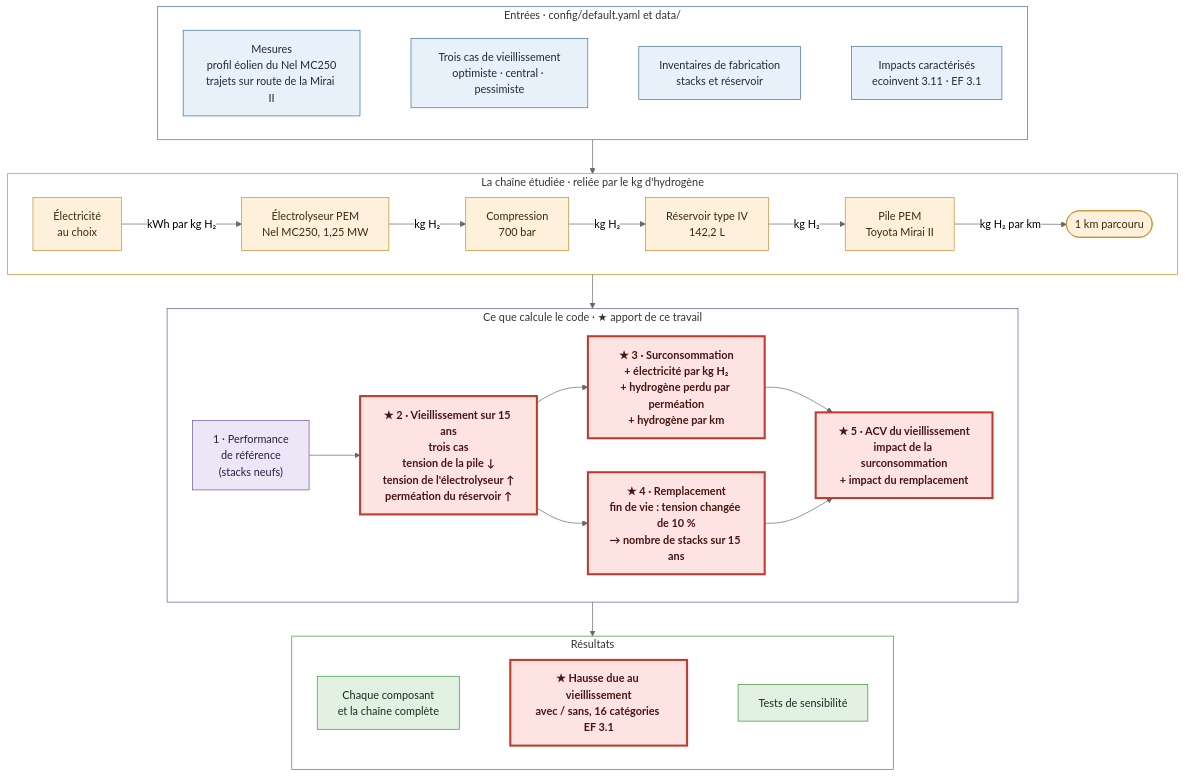
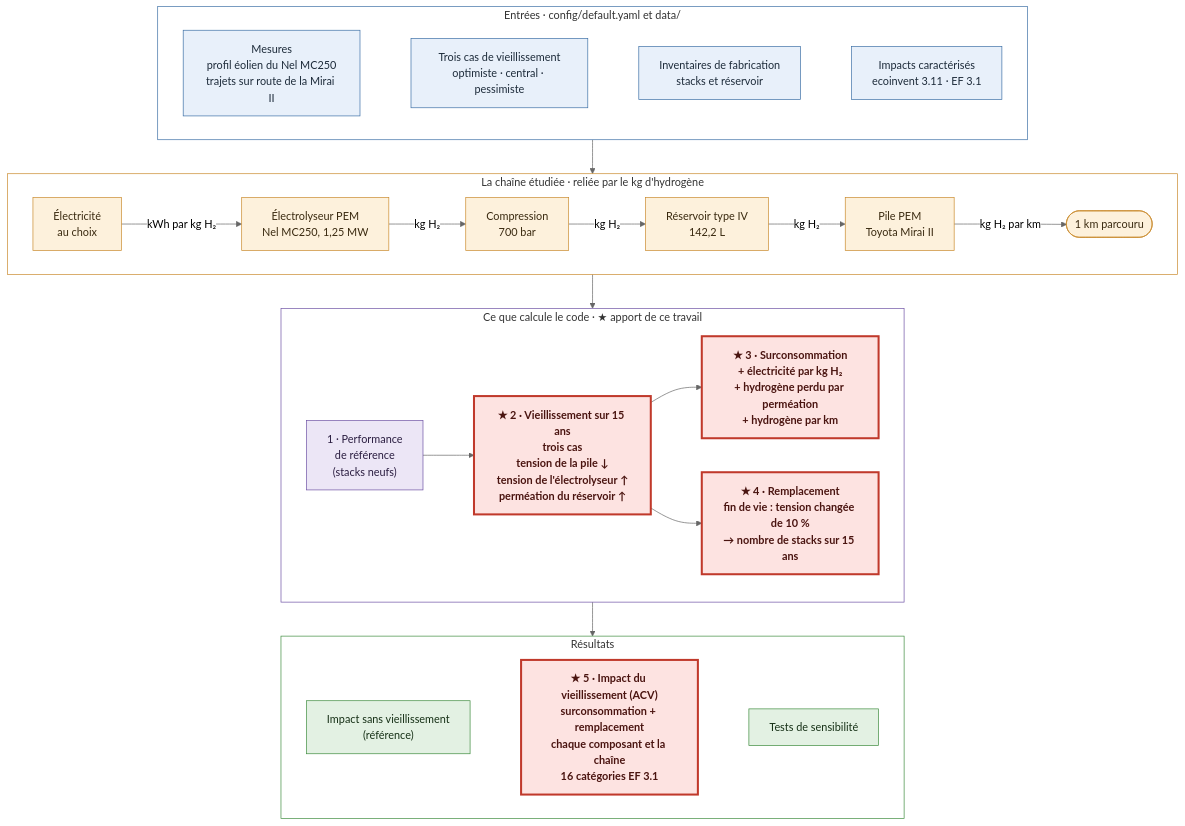
Before and after one commit to Ayabh12/h2-ageing-lca: the diagram in README.fr.md, drawn with Mermaid (neutral theme). The commit also changed other lines of this file and 1 other file, not shown here.

Commit message:
README: diagram step 5 is the results (LCA)

````diff
--- a/README.fr.md
+++ b/README.fr.md
@@ -59,50 +59,48 @@
 ```mermaid
 flowchart TB
     subgraph E["Entrées · config/default.yaml et data/"]
         direction LR
         e1["Mesures<br/>profil éolien du Nel MC250<br/>trajets sur route de la Mirai II"]
         e2["Trois cas de vieillissement<br/>optimiste · central · pessimiste"]
         e3["Inventaires de fabrication<br/>stacks et réservoir"]
         e4["Impacts caractérisés<br/>ecoinvent 3.11 · EF 3.1"]
         e1 ~~~ e2 ~~~ e3 ~~~ e4
     end
 
     subgraph C["La chaîne étudiée · reliée par le kg d'hydrogène"]
         direction LR
         c1["Électricité<br/>au choix"] -->|"kWh par kg H₂"| c2["Électrolyseur PEM<br/>Nel MC250, 1,25 MW"] -->|"kg H₂"| c3["Compression<br/>700 bar"] -->|"kg H₂"| c4["Réservoir type IV<br/>142,2 L"] -->|"kg H₂"| c5["Pile PEM<br/>Toyota Mirai II"] -->|"kg H₂ par km"| c6(["1 km parcouru"])
     end
 
     subgraph M["Ce que calcule le code · ★ apport de ce travail"]
         direction LR
         m1["1 · Performance<br/>de référence<br/>(stacks neufs)"] --> m2["★ 2 · Vieillissement sur 15 ans<br/>trois cas<br/>tension de la pile ↓<br/>tension de l'électrolyseur ↑<br/>perméation du réservoir ↑"]
         m2 --> m3["★ 3 · Surconsommation<br/>+ électricité par kg H₂<br/>+ hydrogène perdu par perméation<br/>+ hydrogène par km"]
         m2 --> m4["★ 4 · Remplacement<br/>fin de vie : tension changée de 10 %<br/>→ nombre de stacks sur 15 ans"]
-        m3 --> m5["★ 5 · ACV du vieillissement<br/>impact de la surconsommation<br/>+ impact du remplacement"]
-        m4 --> m5
     end
 
     subgraph R["Résultats"]
         direction LR
-        r1["Chaque composant<br/>et la chaîne complète"]
-        r2["★ Hausse due au vieillissement<br/>avec / sans, 16 catégories EF 3.1"]
+        r1["Impact sans vieillissement<br/>(référence)"]
+        r2["★ 5 · Impact du vieillissement (ACV)<br/>surconsommation + remplacement<br/>chaque composant et la chaîne<br/>16 catégories EF 3.1"]
         r3["Tests de sensibilité"]
         r1 ~~~ r2 ~~~ r3
     end
 
     E --> C --> M --> R
 
     classDef inp fill:#e8f0fa,stroke:#3b6ea5,color:#1d2b3a
     classDef chain fill:#fdf1dc,stroke:#c9892b,color:#3a2a10
     classDef code fill:#ece6f6,stroke:#6c4fa3,color:#2a1d40
     classDef res fill:#e3f1e3,stroke:#3d8b3d,color:#163016
     class e1,e2,e3,e4 inp
     class c1,c2,c3,c4,c5,c6 chain
-    class m1,m2,m3,m4,m5 code
+    class m1,m2,m3,m4 code
     class r1,r2,r3 res
     style E fill:#ffffff,stroke:#3b6ea5
     style C fill:#ffffff,stroke:#c9892b
     style M fill:#ffffff,stroke:#6c4fa3
     style R fill:#ffffff,stroke:#3d8b3d
     classDef key fill:#fde3e1,stroke:#c0392b,stroke-width:3px,color:#4a1410,font-weight:bold
-    class m2,m3,m4,m5,r2 key
+    class m2,m3,m4,r2 key
 ```
````
